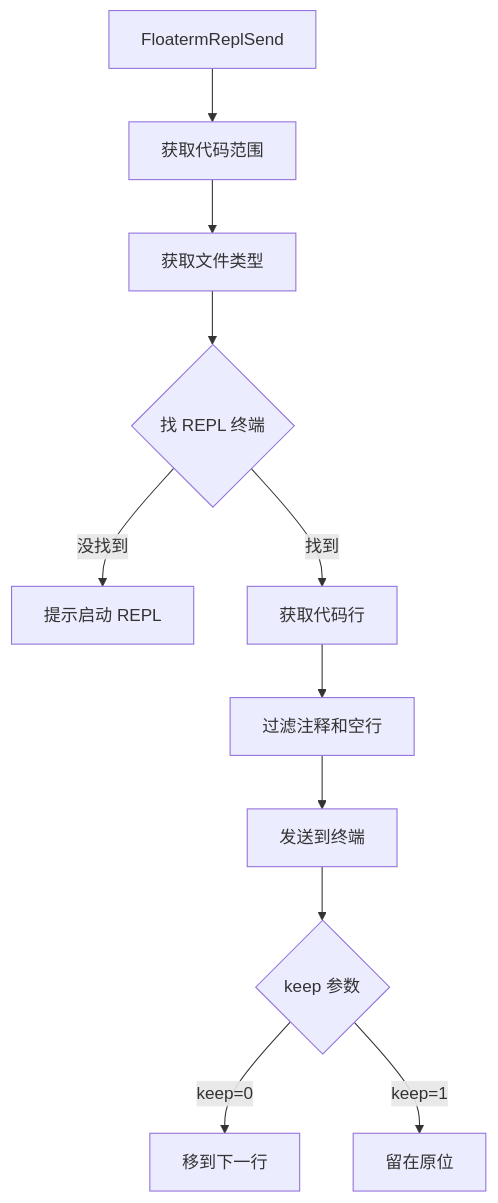
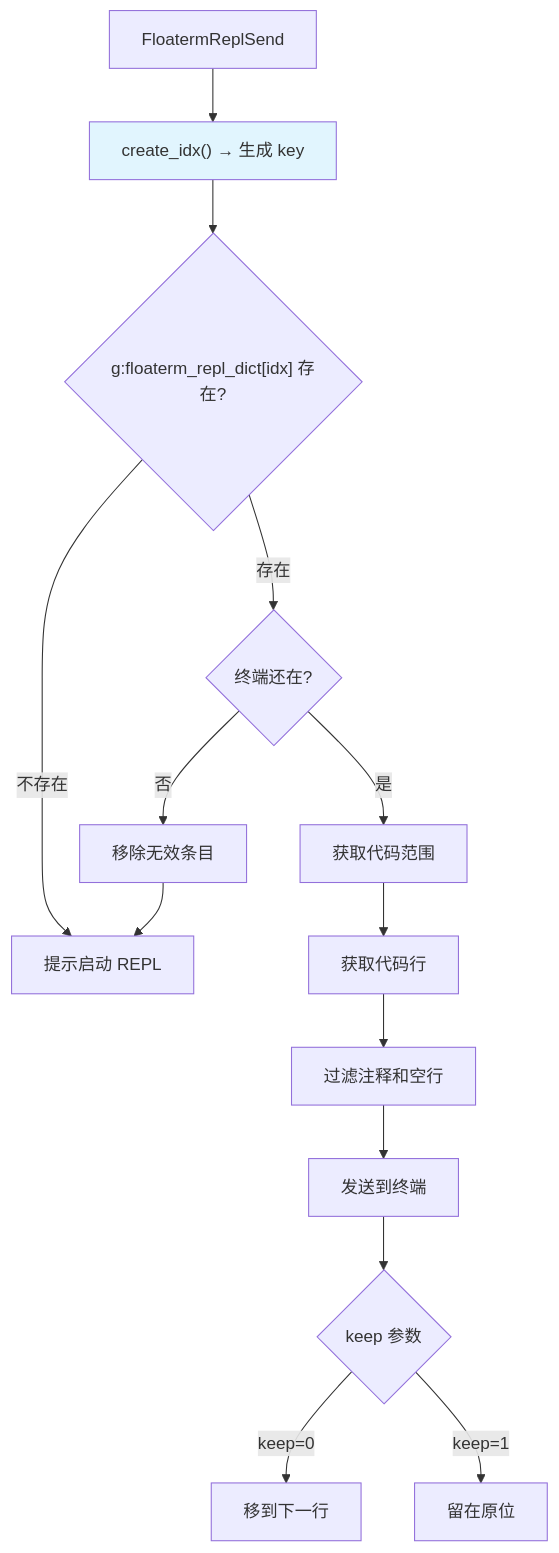
One commit to leoatchina/vim-floaterm-enhance changed the fourth of 5 diagrams in README_cn.md. Above: the diagram before and after it, drawn with Mermaid. The commit also changed other lines of this file and 1 other file, not shown here.

````diff
--- a/README_cn.md
+++ b/README_cn.md
@@ -166,13 +211,17 @@
 ```mermaid
 graph TB
-    Send[FloatermReplSend] --> GetRange[获取代码范围]
-    GetRange --> GetFT[获取文件类型]
-    GetFT --> FindTerm{找 REPL 终端}
-    FindTerm -->|没找到| Prompt[提示启动 REPL]
-    FindTerm -->|找到| GetLines[获取代码行]
+    Send[FloatermReplSend] --> GenIdx["create_idx() → 生成 key"]
+    GenIdx --> FindTerm{"g:floaterm_repl_dict[idx] 存在?"}
+    FindTerm -->|不存在| Prompt[提示启动 REPL]
+    FindTerm -->|存在| ValidBuf{终端还在?}
+    ValidBuf -->|否| CleanUp[移除无效条目] --> Prompt
+    ValidBuf -->|是| GetRange[获取代码范围]
+    GetRange --> GetLines[获取代码行]
     GetLines --> Filter[过滤注释和空行]
     Filter --> SendData[发送到终端]
     SendData --> KeepCheck{keep 参数}
     KeepCheck -->|keep=0| MoveNext[移到下一行]
     KeepCheck -->|keep=1| Stay[留在原位]
+
+    style GenIdx fill:#e1f5fe
 ```
````
